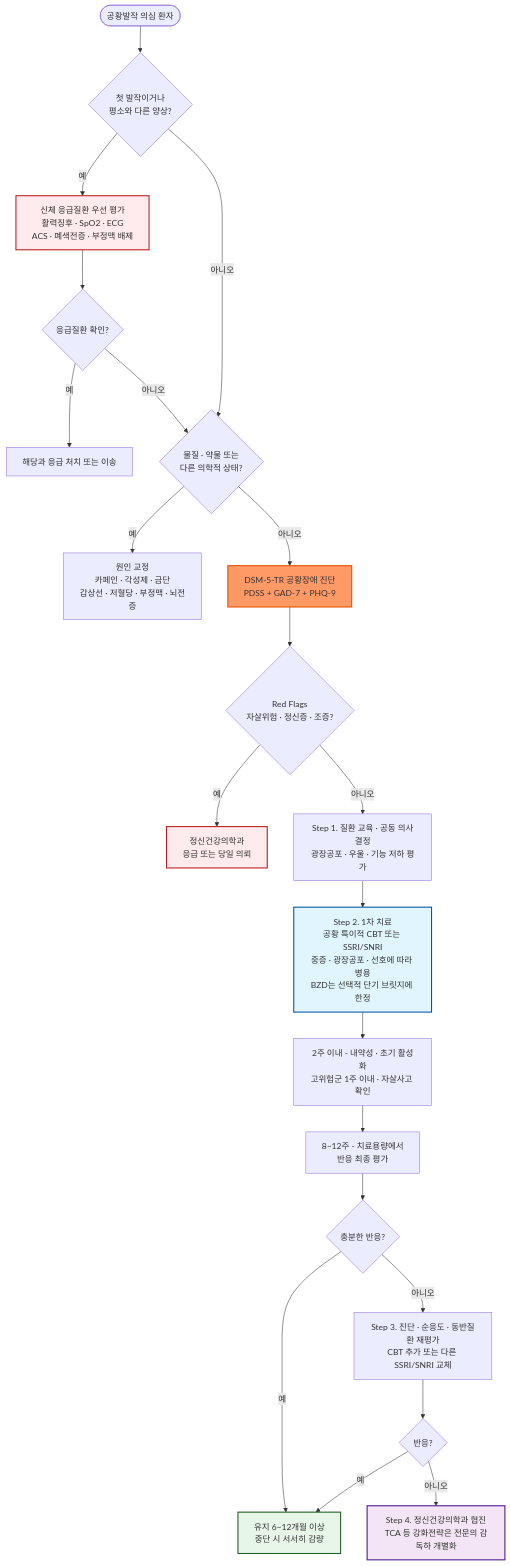
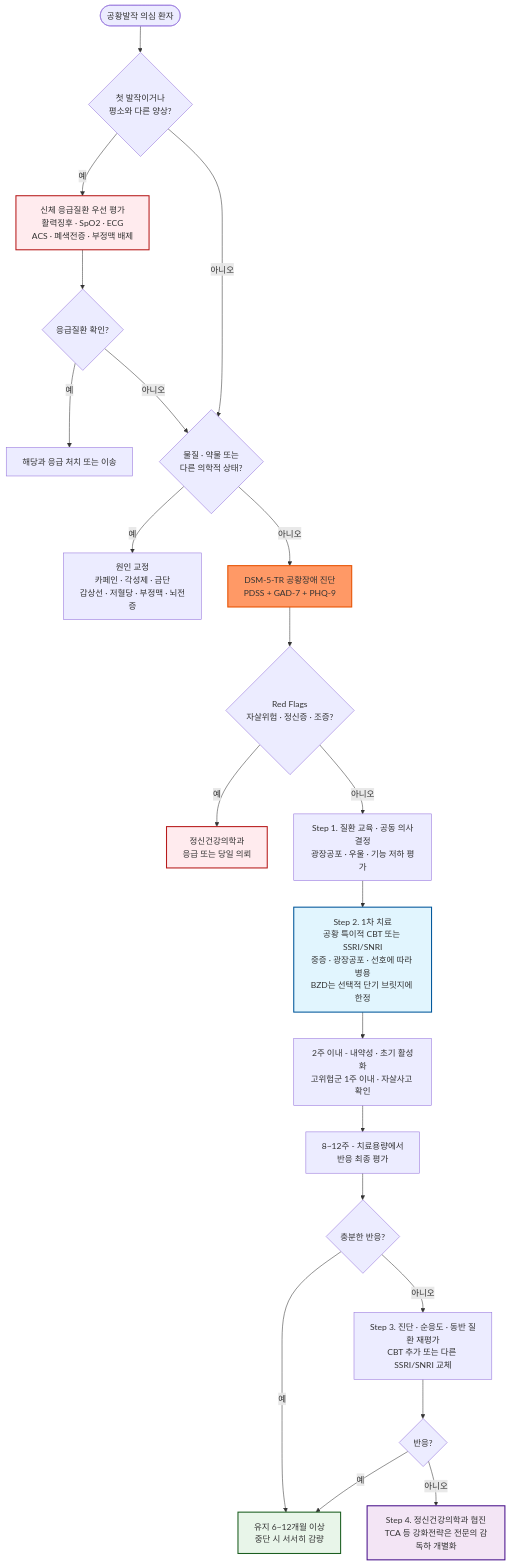
Before and after one commit to familyoh77/familyoh77: the first of 2 diagrams in 221_/026_-panic-disorder.md, drawn with Mermaid. The commit also changed other lines of this file and 14 other files, not shown here.

````diff
--- a/221_/026_-panic-disorder.md
+++ b/221_/026_-panic-disorder.md
@@ -167,29 +167,29 @@
 ```mermaid
 graph TD
     Start(["공황발작 의심 환자"]) --> A{"첫 발작이거나<br/>평소와 다른 양상?"}
     A -- "예" --> B["신체 응급질환 우선 평가<br/>활력징후 · SpO2 · ECG<br/>ACS · 폐색전증 · 부정맥 배제"]
     B --> C{"응급질환 확인?"}
     C -- "예" --> D["해당과 응급 처치 또는 이송"]
     C -- "아니오" --> E
     A -- "아니오" --> E{"물질 · 약물 또는<br/>다른 의학적 상태?"}
     E -- "예" --> F["원인 교정<br/>카페인 · 각성제 · 금단<br/>갑상선 · 저혈당 · 부정맥 · 뇌전증"]
     E -- "아니오" --> G["DSM-5-TR 공황장애 진단<br/>PDSS + GAD-7 + PHQ-9"]
     G --> H{"Red Flags<br/>자살위험 · 정신증 · 조증?"}
     H -- "예" --> I["정신건강의학과<br/>응급 또는 당일 의뢰"]
     H -- "아니오" --> J["Step 1. 질환 교육 · 공동 의사결정<br/>광장공포 · 우울 · 기능 저하 평가"]
     J --> K["Step 2. 1차 치료<br/>공황 특이적 CBT 또는 SSRI/SNRI<br/>중증 · 광장공포 · 선호에 따라 병용<br/>BZD는 선택적 단기 브릿지에 한정"]
     K --> L["2주 이내 - 내약성 · 초기 활성화<br/>고위험군 1주 이내 · 자살사고 확인"]
     L --> M["8~12주 - 치료용량에서<br/>반응 최종 평가"]
     M --> N{"충분한 반응?"}
     N -- "예" --> O["유지 6~12개월 이상<br/>중단 시 서서히 감량"]
-    N -- "아니오" --> P["Step 3. 진단 · 순응도 · 동반질환 재평가<br/>CBT 추가 또는 다른 SSRI/SNRI 교체"]
+    N -- "아니오" --> P["Step 3. 진단 · 순응도 · 동반 질환 재평가<br/>CBT 추가 또는 다른 SSRI/SNRI 교체"]
     P --> Q{"반응?"}
     Q -- "예" --> O
     Q -- "아니오" --> R["Step 4. 정신건강의학과 협진<br/>TCA 등 강화전략은 전문의 감독하 개별화"]
     style G fill:#f96,stroke:#e65100,stroke-width:2px
     style B fill:#ffebee,stroke:#b71c1c,stroke-width:2px
     style I fill:#ffebee,stroke:#b71c1c,stroke-width:2px
     style K fill:#e1f5fe,stroke:#01579b,stroke-width:2px
     style O fill:#e8f5e9,stroke:#1b5e20,stroke-width:2px
     style R fill:#f3e5f5,stroke:#4a148c,stroke-width:2px
 ```
````
